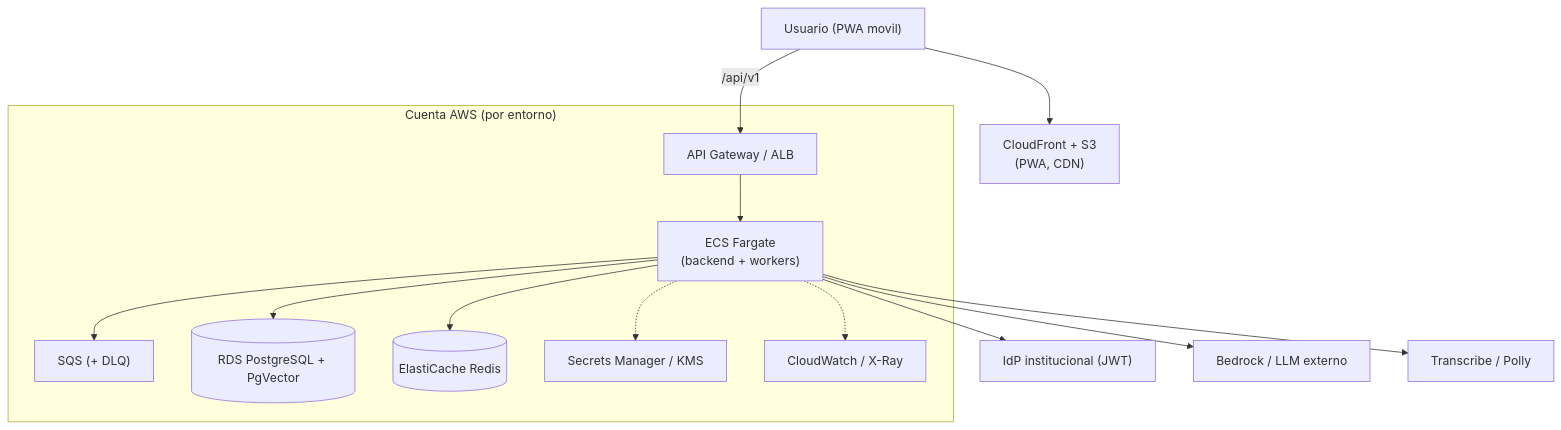
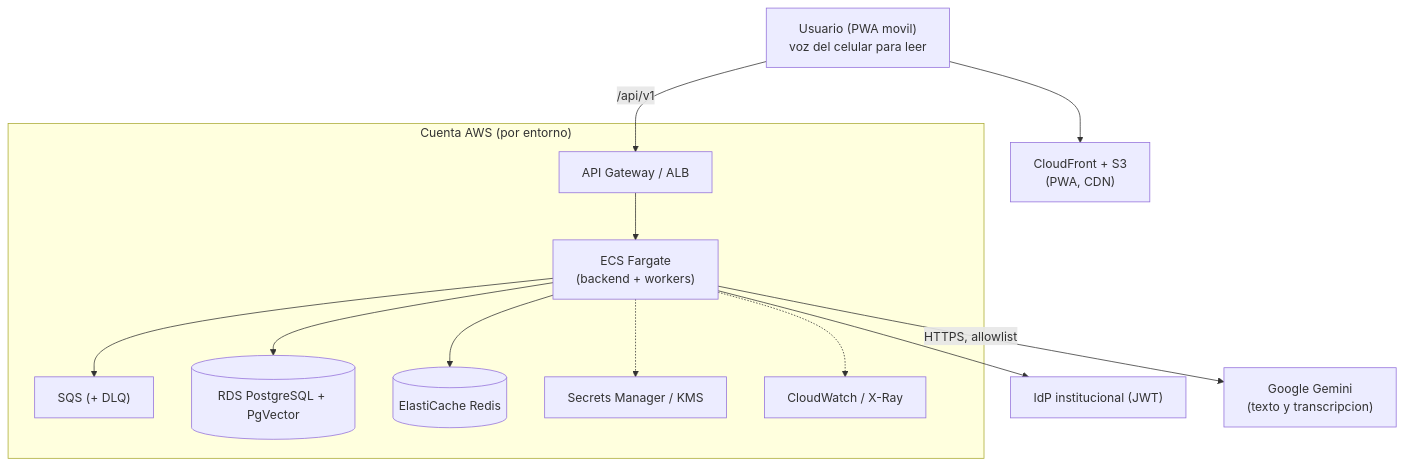
Before and after one commit to LauraVillan-SB/cima-plataforma: the first of 4 diagrams in docs/ARCHITECTURE-AWS.md, drawn with Mermaid. The commit also changed other lines of this file and 2 other files, not shown here.

Commit message:
chore: pruebas de cookies independientes del .env local y arquitectura con Gemini

````diff
--- a/docs/ARCHITECTURE-AWS.md
+++ b/docs/ARCHITECTURE-AWS.md
@@ -47,31 +73,29 @@
 ```mermaid
 graph TB
-    U["Usuario (PWA movil)"]
+    U["Usuario (PWA movil)<br/>voz del celular para leer"]
     CF["CloudFront + S3<br/>(PWA, CDN)"]
     GW["API Gateway / ALB"]
 
     subgraph AWS["Cuenta AWS (por entorno)"]
         GW
         ECS["ECS Fargate<br/>(backend + workers)"]
         SQS["SQS (+ DLQ)"]
         RDS[("RDS PostgreSQL + PgVector")]
         REDIS[("ElastiCache Redis")]
         SM["Secrets Manager / KMS"]
         CW["CloudWatch / X-Ray"]
     end
 
     IDP["IdP institucional (JWT)"]
-    LLM["Bedrock / LLM externo"]
-    VOICE["Transcribe / Polly"]
+    GEM["Google Gemini<br/>(texto y transcripcion)"]
 
     U --> CF
     U -->|/api/v1| GW --> ECS
     ECS --> SQS
     ECS --> RDS
     ECS --> REDIS
     ECS -.-> SM
     ECS -.-> CW
     ECS --> IDP
-    ECS --> LLM
-    ECS --> VOICE
+    ECS -->|HTTPS, allowlist| GEM
 ```
````
